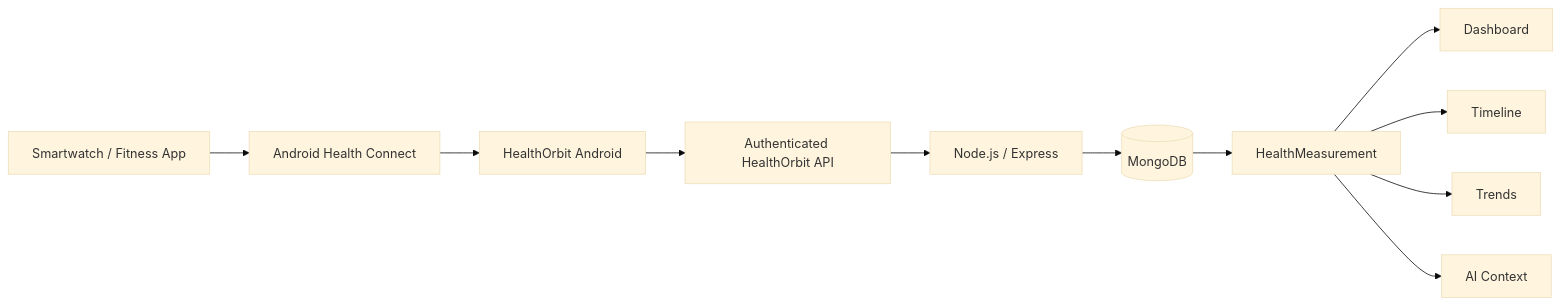
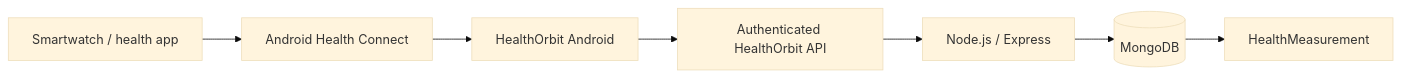
The fourth of 5 diagrams in README.md (Its-AtharvDeshmukh/HealthOrbit), drawn with Mermaid (base theme) before and after one commit. The commit also changed other lines of this file, not shown here.

````diff
--- a/README.md
+++ b/README.md
@@ -197,13 +261,10 @@
 ```mermaid
 flowchart LR
-    A[Smartwatch / Fitness App] --> B[Android Health Connect]
-    B --> C[HealthOrbit Android]
-    C --> D[Authenticated HealthOrbit API]
-    D --> E[Node.js / Express]
-    E --> F[(MongoDB)]
-    F --> G[HealthMeasurement]
-    G --> H[Dashboard]
-    G --> I[Timeline]
-    G --> J[Trends]
-    G --> K[AI Context]
+    A[Smartwatch / health app]
+    --> B[Android Health Connect]
+    --> C[HealthOrbit Android]
+    --> D[Authenticated HealthOrbit API]
+    --> E[Node.js / Express]
+    --> F[(MongoDB)]
+    --> G[HealthMeasurement]
 ```
````
